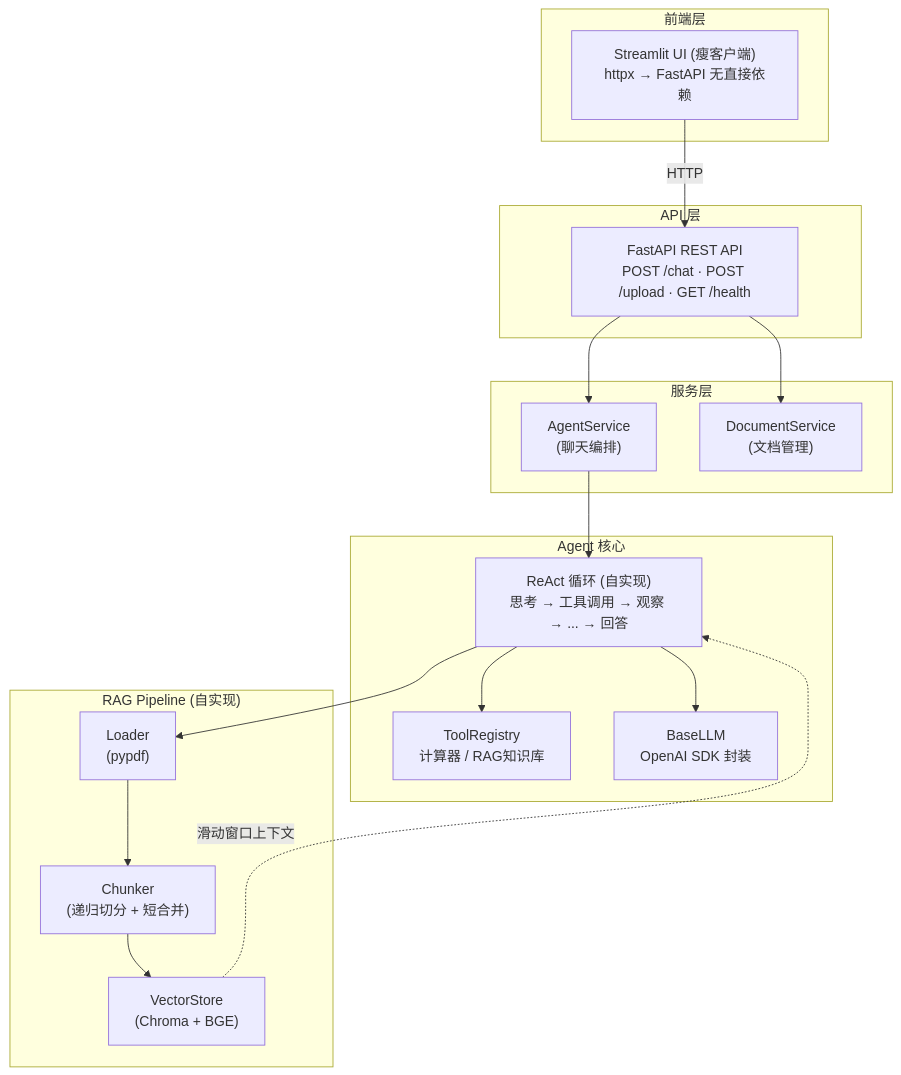
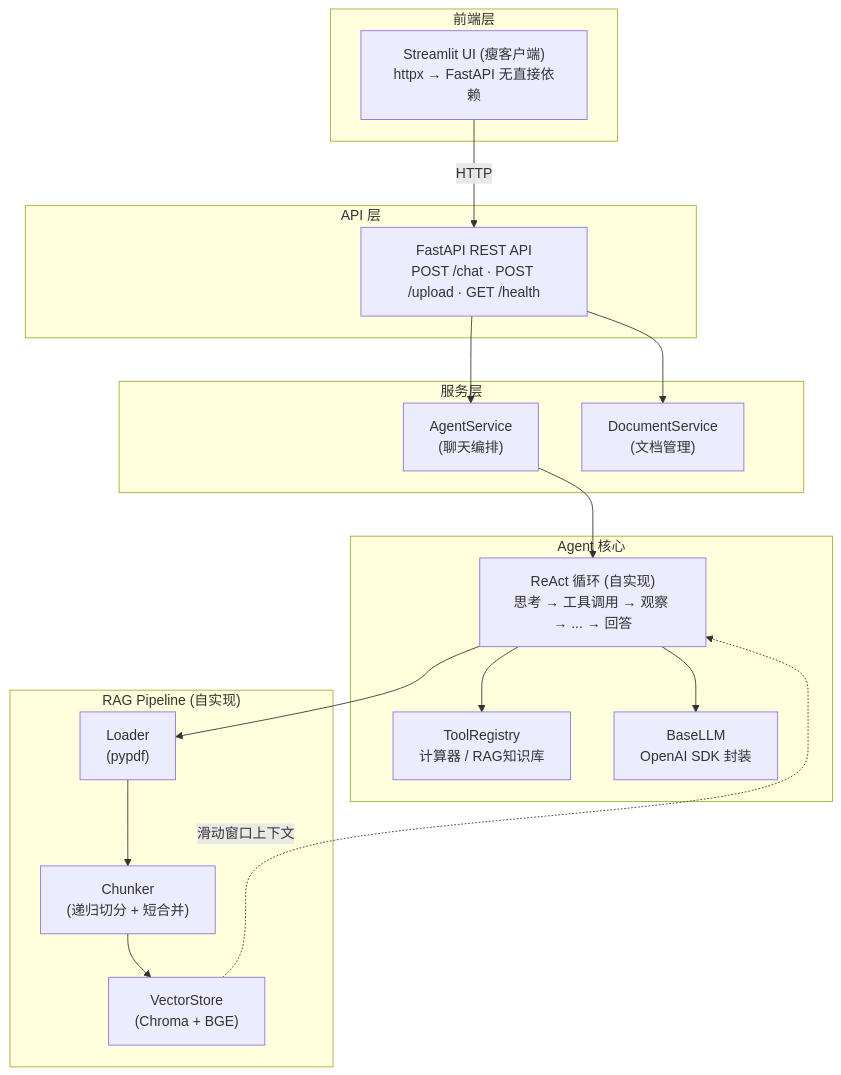
The diagram in README.md (AnruiRao/ai_doc_assistant), drawn with Mermaid before and after one commit.

Commit message:
fix: Mermaid 架构图 RAG 模块布局偏移，加不可见边强制居中

````diff
--- a/README.md
+++ b/README.md
@@ -28,33 +28,37 @@
 ```mermaid
 flowchart TB
     subgraph UI["前端层"]
         SUI["Streamlit UI (瘦客户端)<br/>httpx → FastAPI 无直接依赖"]
     end
     subgraph WEB["API 层"]
         FAPI["FastAPI REST API<br/>POST /chat · POST /upload · GET /health"]
     end
     subgraph SVC["服务层"]
         AG["AgentService<br/>(聊天编排)"]
         DS["DocumentService<br/>(文档管理)"]
     end
     subgraph CORE["Agent 核心"]
         RC["ReAct 循环 (自实现)<br/>思考 → 工具调用 → 观察 → ... → 回答"]
         TR["ToolRegistry<br/>计算器 / RAG知识库"]
         LM["BaseLLM<br/>OpenAI SDK 封装"]
     end
     subgraph RAG["RAG Pipeline (自实现)"]
         LDR["Loader<br/>(pypdf)"]
         CHK["Chunker<br/>(递归切分 + 短合并)"]
         VS["VectorStore<br/>(Chroma + BGE)"]
     end
 
     SUI -->|HTTP| FAPI
     FAPI --> AG
     FAPI --> DS
     AG --> RC
     RC --> TR
     RC --> LM
     RC --> LDR
     LDR --> CHK --> VS
     VS -.->|滑动窗口上下文| RC
+
+    %% 强制布局：让 RAG 模块在下方而非角落
+    FAPI ~~~ RAG
+    SVC ~~~ RAG
 ```
````
